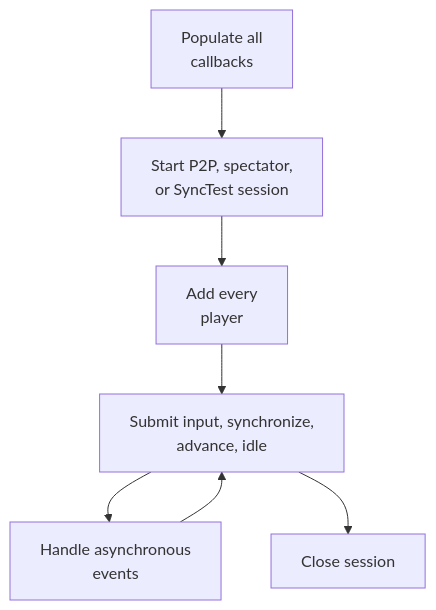
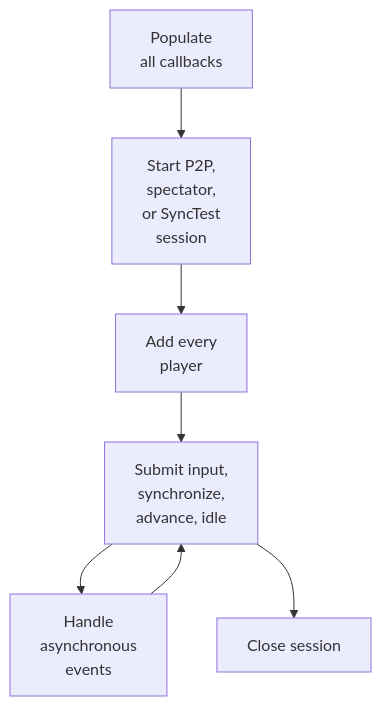
The diagram in doc/architecture/API.md (irregularthanis/ggpo-next), drawn with Mermaid before and after one commit. The commit also changed 8 other files, not shown here.

Commit message:
docs: tighten all architecture diagram wrapping

````diff
--- a/doc/architecture/API.md
+++ b/doc/architecture/API.md
@@ -28,13 +28,13 @@
 ```mermaid
 flowchart TD
-    Callbacks["Populate all<br/>callbacks"]
-    Start["Start P2P, spectator,<br/>or SyncTest session"]
+    Callbacks["Populate<br/>all callbacks"]
+    Start["Start P2P,<br/>spectator,<br/>or SyncTest<br/>session"]
     Players["Add every<br/>player"]
-    Loop["Submit input, synchronize,<br/>advance, idle"]
-    Events["Handle asynchronous<br/>events"]
+    Loop["Submit input,<br/>synchronize,<br/>advance, idle"]
+    Events["Handle<br/>asynchronous<br/>events"]
     Close["Close session"]
 
     Callbacks --> Start --> Players --> Loop
     Loop --> Events --> Loop
     Loop --> Close
 ```
````
